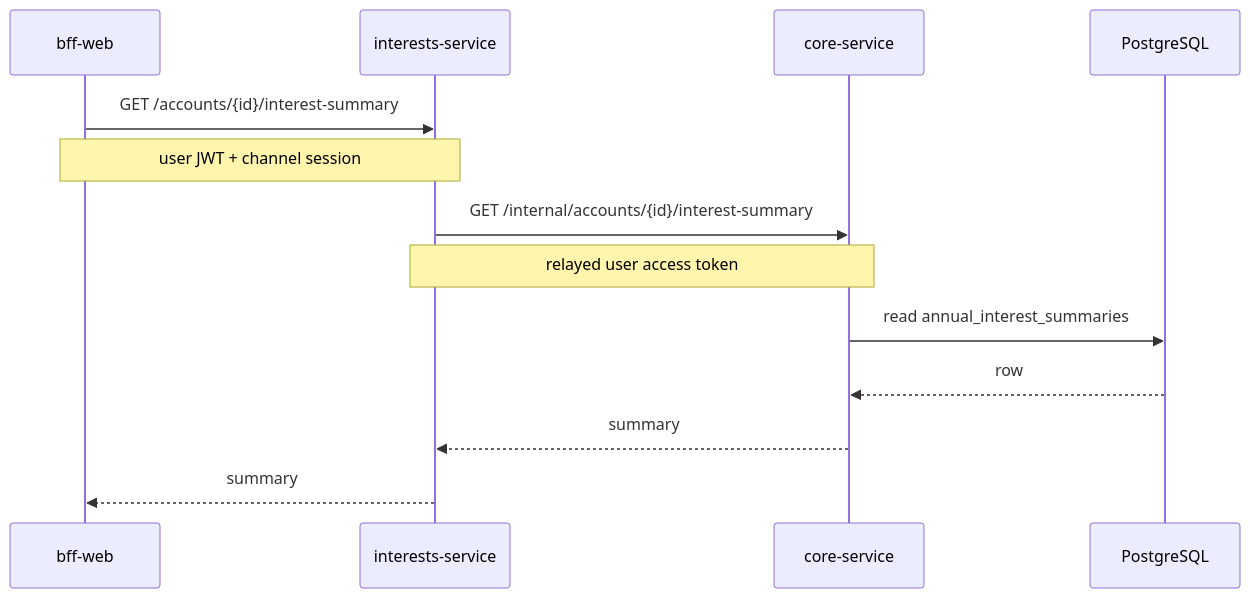
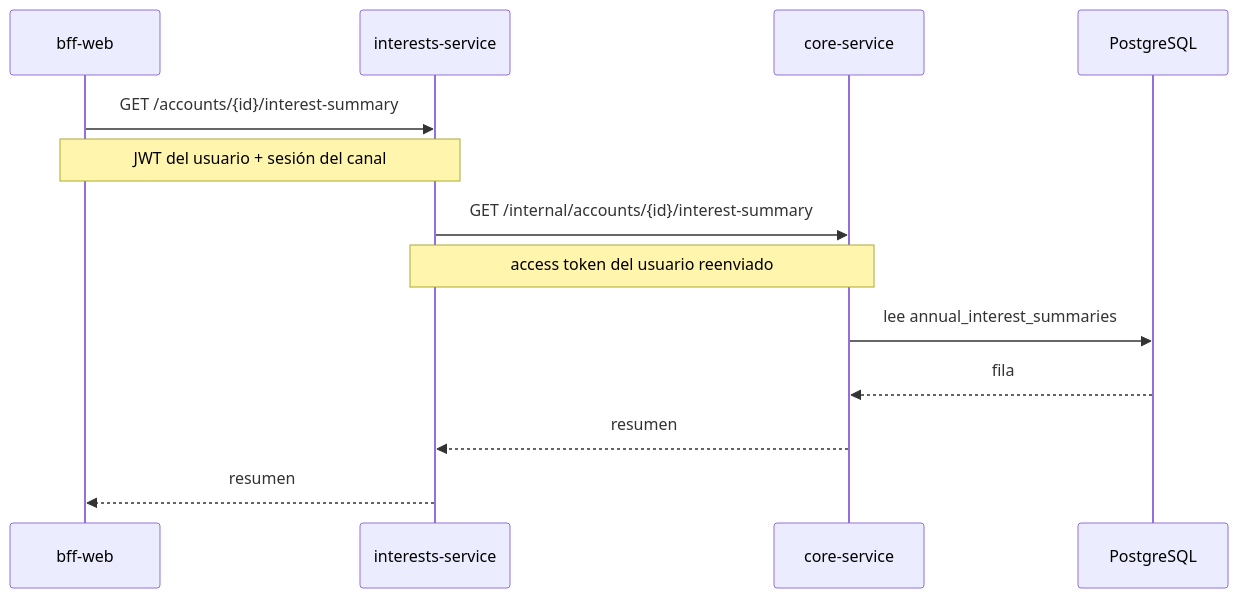
One commit to gustavoduocuc/xyz_bank_server changed the second of 5 diagrams in docs/architecture.md. Above: the diagram before and after it, drawn with Mermaid. The commit also changed other lines of this file and 4 other files, not shown here.

Commit message:
docs: translate architecture and AWS docs to Spanish

````diff
--- a/docs/architecture.md
+++ b/docs/architecture.md
@@ -169,16 +169,16 @@
 ```mermaid
 sequenceDiagram
   participant Web as bff-web
   participant Interests as interests-service
   participant Core as core-service
   participant Db as PostgreSQL
 
   Web->>Interests: GET /accounts/{id}/interest-summary
-  Note over Web,Interests: user JWT + channel session
+  Note over Web,Interests: JWT del usuario + sesión del canal
   Interests->>Core: GET /internal/accounts/{id}/interest-summary
-  Note over Interests,Core: relayed user access token
-  Core->>Db: read annual_interest_summaries
-  Db-->>Core: row
-  Core-->>Interests: summary
-  Interests-->>Web: summary
+  Note over Interests,Core: access token del usuario reenviado
+  Core->>Db: lee annual_interest_summaries
+  Db-->>Core: fila
+  Core-->>Interests: resumen
+  Interests-->>Web: resumen
 ```
````
